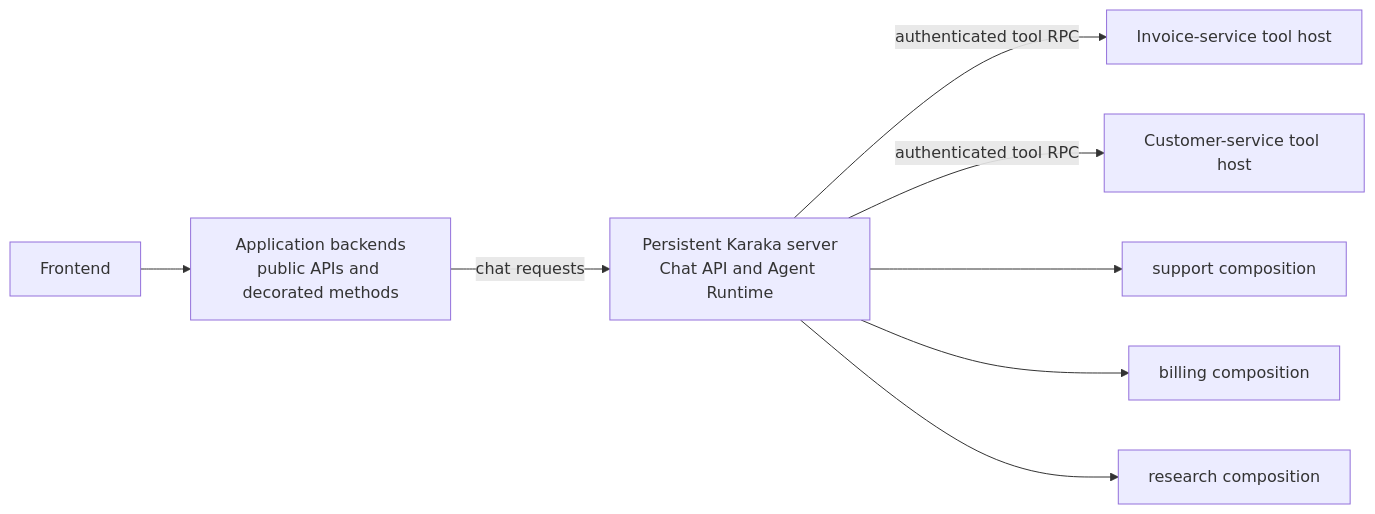
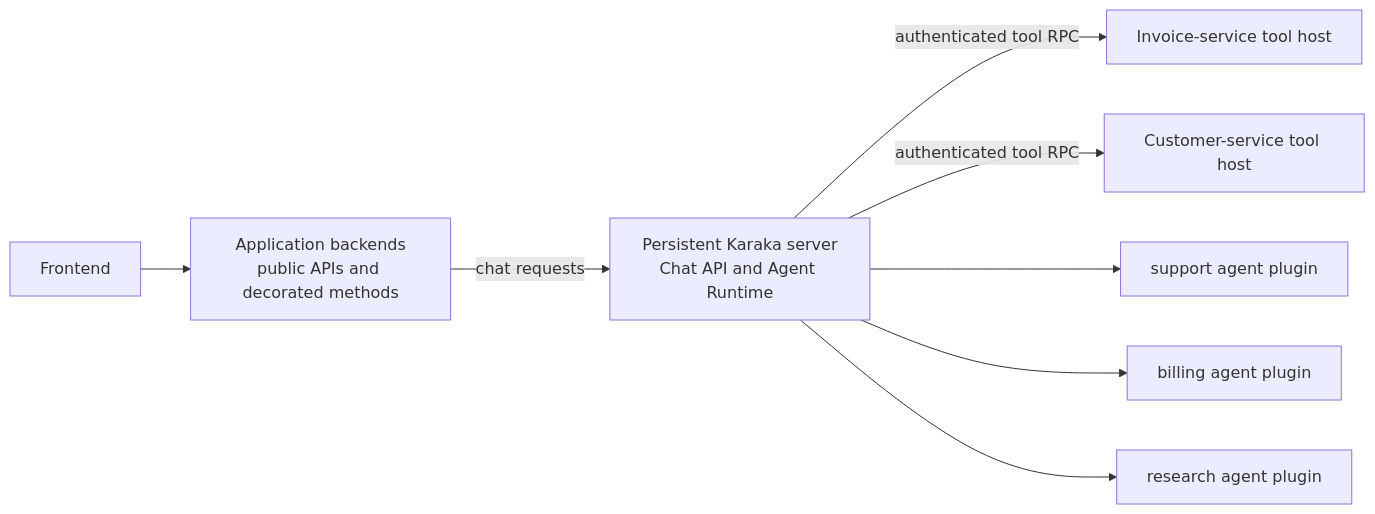
Before and after one commit to karaka-ai/karaka: the sixth of 6 diagrams in docs/architecture.md, drawn with Mermaid. The commit also changed other lines of this file and 11 other files, not shown here.

````diff
--- a/docs/architecture.md
+++ b/docs/architecture.md
@@ -393,10 +368,10 @@
 ```mermaid
 flowchart LR
   Frontend["Frontend"] --> Application["Application backends<br/>public APIs and decorated methods"]
   Application -->|"chat requests"| Karaka["Persistent Karaka server<br/>Chat API and Agent Runtime"]
   Karaka -->|"authenticated tool RPC"| Invoice["Invoice-service tool host"]
   Karaka -->|"authenticated tool RPC"| Customer["Customer-service tool host"]
-  Karaka --> Support["support composition"]
-  Karaka --> Billing["billing composition"]
-  Karaka --> Research["research composition"]
+  Karaka --> Support["support agent plugin"]
+  Karaka --> Billing["billing agent plugin"]
+  Karaka --> Research["research agent plugin"]
 ```
````
